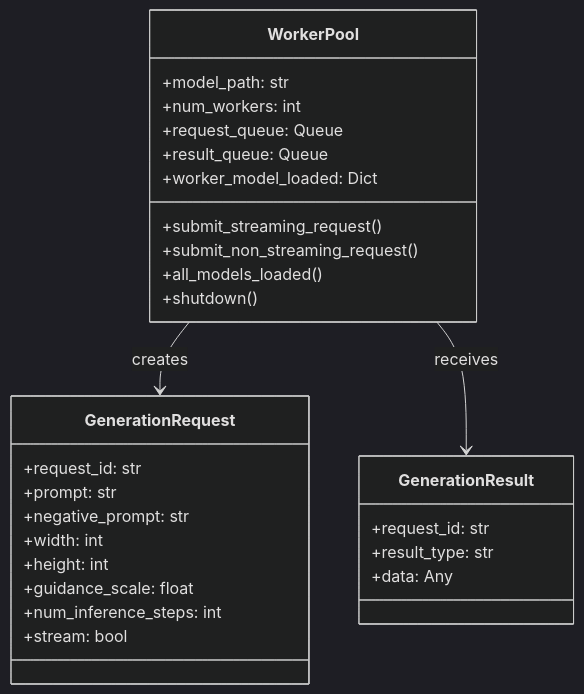
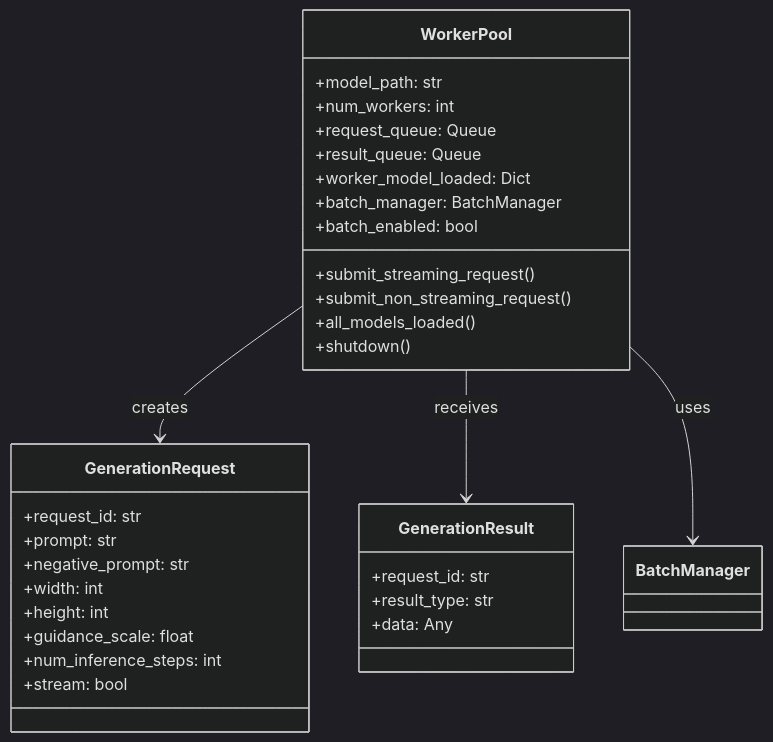
The third of 12 diagrams in API_DOCUMENTATION.md (gongysh2004/CogView4-FastAPI), drawn with Mermaid (dark theme) before and after one commit. The commit also changed other lines of this file and 5 other files, not shown here.

````diff
--- a/API_DOCUMENTATION.md
+++ b/API_DOCUMENTATION.md
@@ -120,34 +177,37 @@
 ```mermaid
 classDiagram
     class WorkerPool {
         +model_path: str
         +num_workers: int
         +request_queue: Queue
         +result_queue: Queue
         +worker_model_loaded: Dict
+        +batch_manager: BatchManager
+        +batch_enabled: bool
         +submit_streaming_request()
         +submit_non_streaming_request()
         +all_models_loaded()
         +shutdown()
     }
     
     class GenerationRequest {
         +request_id: str
         +prompt: str
         +negative_prompt: str
         +width: int
         +height: int
         +guidance_scale: float
         +num_inference_steps: int
         +stream: bool
     }
     
     class GenerationResult {
         +request_id: str
         +result_type: str
         +data: Any
     }
     
     WorkerPool --> GenerationRequest : creates
     WorkerPool --> GenerationResult : receives
+    WorkerPool --> BatchManager : uses
 ```
````
